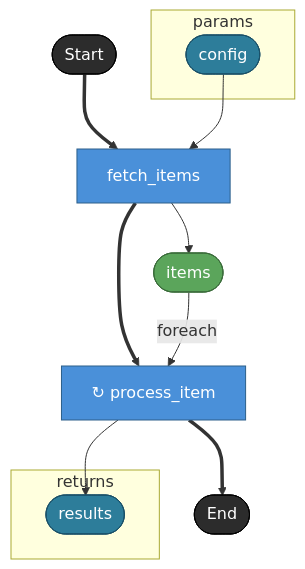
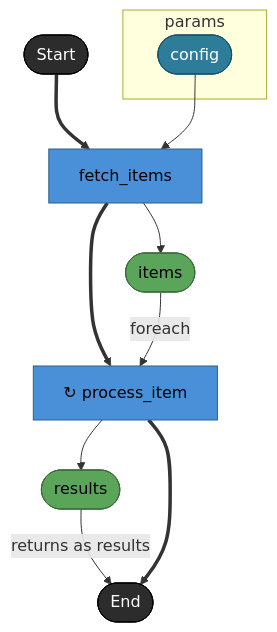
Before and after one commit to hiroshiasayadev-prog/brewprint: the fourth of 6 diagrams in docs/spec/views/dag.md, drawn with Mermaid. The commit also changed other lines of this file and 1 other file, not shown here.

````diff
--- a/docs/spec/views/dag.md
+++ b/docs/spec/views/dag.md
@@ -650,26 +725,24 @@
 ```mermaid
 flowchart TD
   subgraph params
     config([config])
-  end
-  subgraph returns
-    results([results])
   end
 
   _start([Start]) ==> fetch_items
   config --> fetch_items[fetch_items]
   fetch_items --> items([items])
   fetch_items ==> process_item["↻ process_item"]
   items --"foreach"--> process_item
-  process_item --> results
-  process_item ==> _end([End])
+  process_item --> results([results])
+  results -- "returns as results" --> _end([End])
+  process_item ==> _end
 
-  classDef taskNode     fill:#4A90D9,stroke:#2C5F8A,color:#fff
-  classDef assetNode    fill:#5BA55B,stroke:#3A6B3A,color:#fff
-  classDef terminalNode fill:#2C2C2C,stroke:#000,color:#fff
-  classDef boundaryNode fill:#2D7D9A,stroke:#1A5068,color:#fff
+  classDef taskNode      fill:#4A90D9,stroke:#2C5F8A,color:#000
+  classDef assetNode     fill:#5BA55B,stroke:#3A6B3A,color:#000
+  classDef terminalNode  fill:#2C2C2C,stroke:#000,color:#fff
+  classDef boundaryNode  fill:#2D7D9A,stroke:#1A5068,color:#fff
   class fetch_items,process_item taskNode
-  class items assetNode
+  class items,results assetNode
   class _start,_end terminalNode
-  class config,results boundaryNode
+  class config boundaryNode
 ```
````
